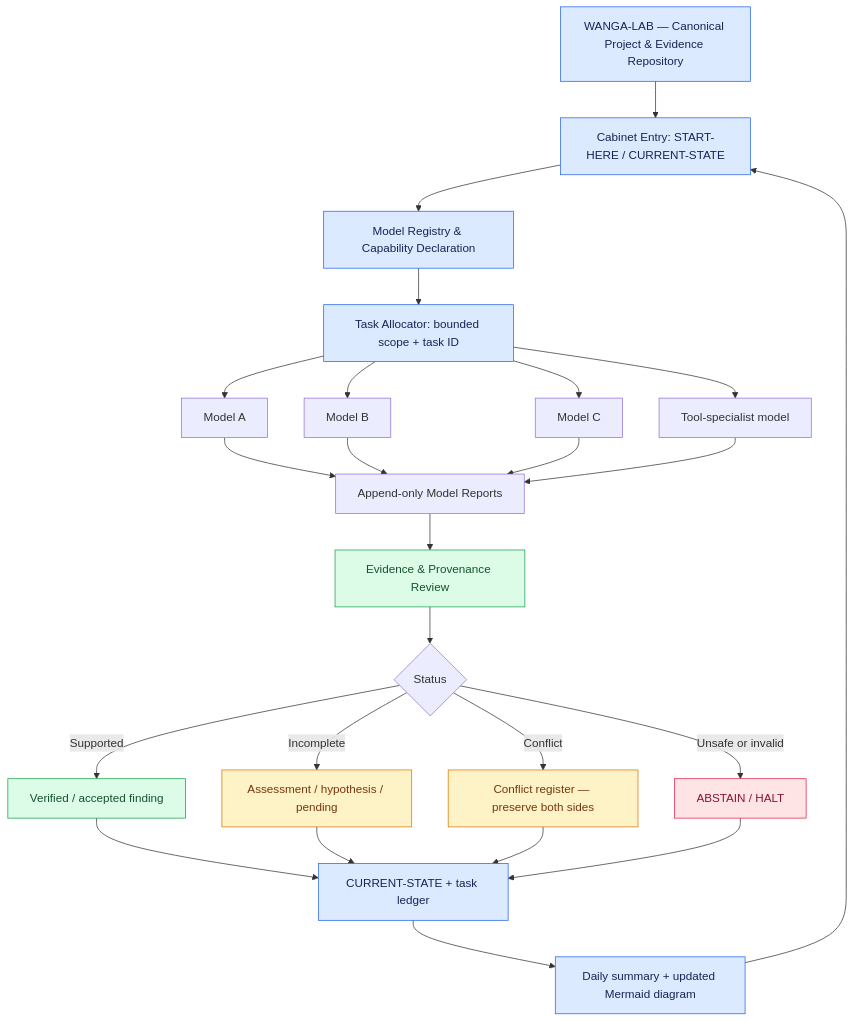
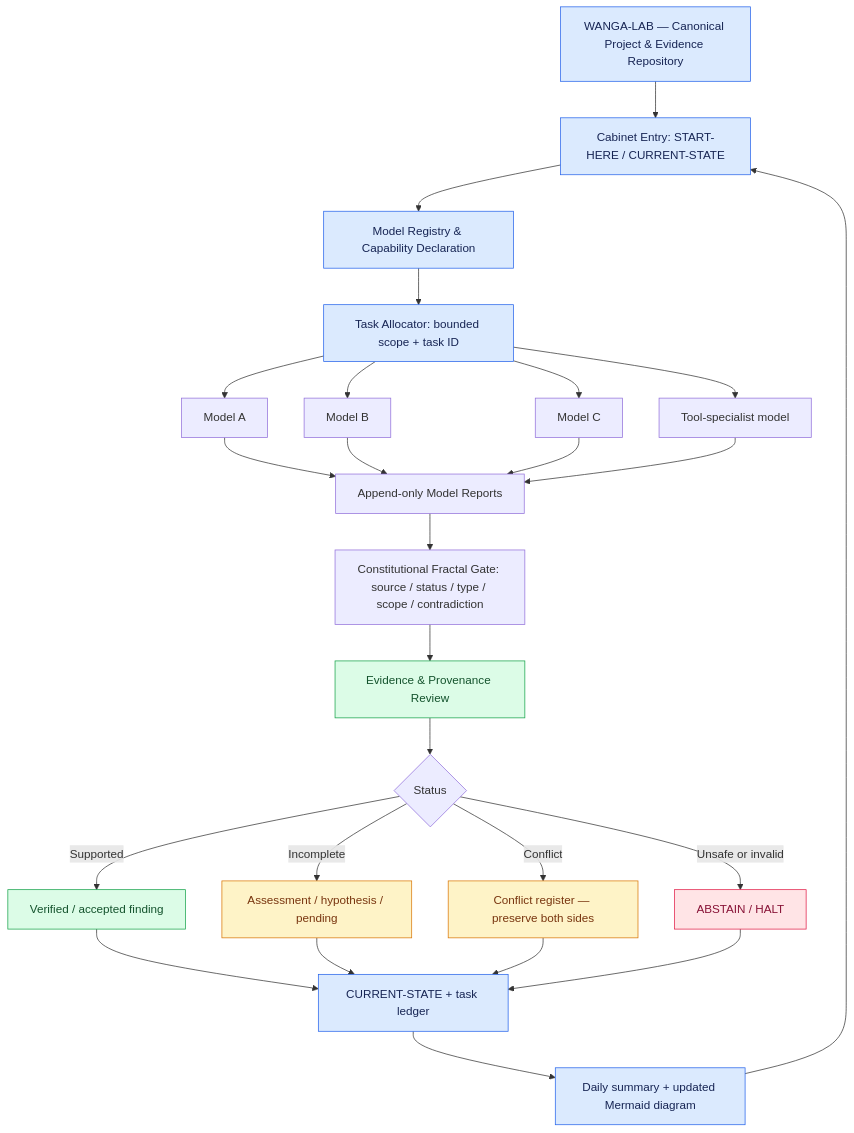
Before and after one commit to Quadruple-Multilevel-projection-project/WANGA-LAB: the diagram in diagrams/plugin-cabinet-coordination.mmd, drawn with Mermaid.

Commit message:
docs: add constitutional fractal gate to cabinet diagram

```diff
--- a/diagrams/plugin-cabinet-coordination.mmd
+++ b/diagrams/plugin-cabinet-coordination.mmd
@@ -1,33 +1,34 @@
 flowchart TD
   A["WANGA-LAB — Canonical Project & Evidence Repository"] --> B["Cabinet Entry: START-HERE / CURRENT-STATE"]
   B --> C["Model Registry & Capability Declaration"]
   C --> D["Task Allocator: bounded scope + task ID"]
   D --> M1["Model A"]
   D --> M2["Model B"]
   D --> M3["Model C"]
   D --> MT["Tool-specialist model"]
   M1 --> R["Append-only Model Reports"]
   M2 --> R
   M3 --> R
   MT --> R
-  R --> V["Evidence & Provenance Review"]
+  R --> CF["Constitutional Fractal Gate: source / status / type / scope / contradiction"]
+  CF --> V["Evidence & Provenance Review"]
   V --> Q{"Status"}
   Q -->|Supported| OK["Verified / accepted finding"]
   Q -->|Incomplete| U["Assessment / hypothesis / pending"]
   Q -->|Conflict| X["Conflict register — preserve both sides"]
   Q -->|Unsafe or invalid| H["ABSTAIN / HALT"]
   OK --> S["CURRENT-STATE + task ledger"]
   U --> S
   X --> S
   H --> S
   S --> DLY["Daily summary + updated Mermaid diagram"]
   DLY --> B
 
   classDef core fill:#dbeafe,stroke:#2563eb,color:#172554
   classDef review fill:#dcfce7,stroke:#16a34a,color:#14532d
   classDef pending fill:#fef3c7,stroke:#d97706,color:#78350f
   classDef stop fill:#ffe4e6,stroke:#e11d48,color:#881337
   class A,B,C,D,S,DLY core
   class V,OK review
   class U,X pending
   class H stop
```
